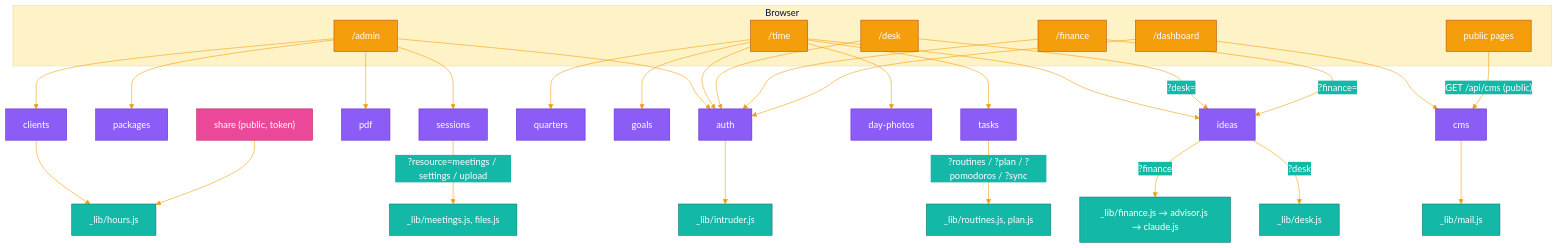
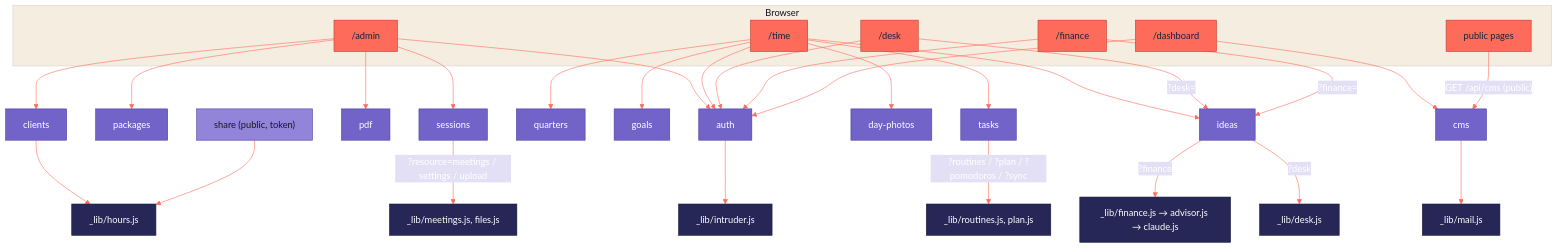
Before and after one commit to Ahmedtarekpage/portfolio: the second of 6 diagrams in README.md, drawn with Mermaid. The commit also changed other lines of this file and 20 other files, not shown here.

````diff
--- a/README.md
+++ b/README.md
@@ -760,33 +778,33 @@
 ```mermaid
-%%{init: {'theme':'base','themeVariables':{'primaryColor':'#8b5cf6','primaryTextColor':'#fff','primaryBorderColor':'#6d28d9','lineColor':'#f59e0b','secondaryColor':'#14b8a6','tertiaryColor':'#fef3c7','actorBkg':'#8b5cf6','actorTextColor':'#fff','noteBkgColor':'#fef3c7','fontFamily':'Inter'}}}%%
+%%{init: {'theme':'base','themeVariables':{'primaryColor':'#7263C9','primaryTextColor':'#ffffff','primaryBorderColor':'#4C3FA0','lineColor':'#FF6B5B','secondaryColor':'#E3E0F6','tertiaryColor':'#F4EDE0','actorBkg':'#7263C9','actorBorder':'#4C3FA0','actorTextColor':'#ffffff','signalColor':'#FF6B5B','noteBkgColor':'#F4EDE0','noteTextColor':'#14213D','fontFamily':'Inter'}}}%%
 flowchart TD
   subgraph Browser
     P1["/admin"] & P2["/time"] & P3["/desk"] & P4["/finance"] & P5["/dashboard"] & P6["public pages"]
   end
   P1 --> clients & packages & sessions & pdf
   P2 --> tasks & quarters & goals & ideas & dayphotos["day-photos"]
   P3 -->|"?desk="| ideas
   P4 -->|"?finance="| ideas
   P5 --> cms
   P6 -->|"GET /api/cms (public)"| cms
   share["share (public, token)"]
   auth["auth"]
   P1 & P2 & P3 & P4 & P5 --> auth
 
   sessions -->|"?resource=meetings / settings / upload"| L1["_lib/meetings.js, files.js"]
   tasks -->|"?routines / ?plan / ?pomodoros / ?sync"| L2["_lib/routines.js, plan.js"]
   ideas -->|"?finance"| L3["_lib/finance.js → advisor.js → claude.js"]
   ideas -->|"?desk"| L4["_lib/desk.js"]
   clients & share --> L5["_lib/hours.js"]
   cms --> L6["_lib/mail.js"]
   auth --> L7["_lib/intruder.js"]
 
-  classDef page fill:#f59e0b,stroke:#b45309,color:#fff
-  classDef fn fill:#8b5cf6,stroke:#6d28d9,color:#fff
-  classDef lib fill:#14b8a6,stroke:#0f766e,color:#fff
-  classDef pub fill:#ec4899,stroke:#be185d,color:#fff
+  classDef page fill:#FF6B5B,stroke:#BF3A2A,color:#14213D
+  classDef fn fill:#7263C9,stroke:#4C3FA0,color:#ffffff
+  classDef lib fill:#262757,stroke:#191A3C,color:#ffffff
+  classDef pub fill:#9184D9,stroke:#4C3FA0,color:#17181F
   class P1,P2,P3,P4,P5,P6 page
   class clients,packages,sessions,pdf,tasks,quarters,goals,ideas,dayphotos,cms,auth fn
   class share pub
   class L1,L2,L3,L4,L5,L6,L7 lib
 ```
````
